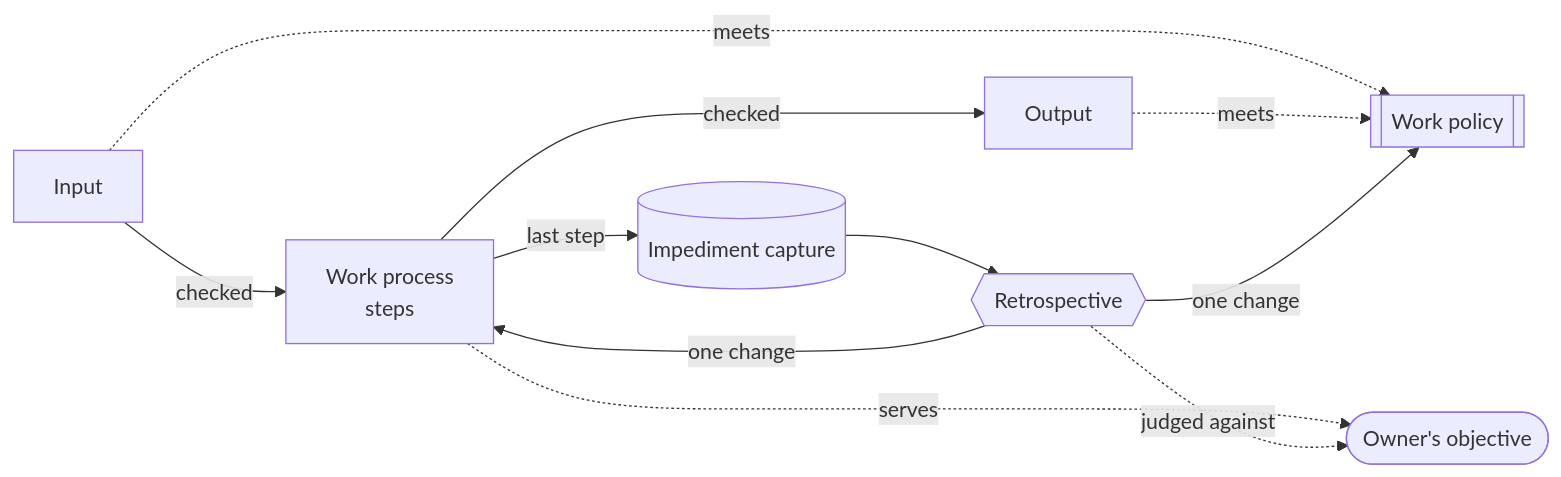
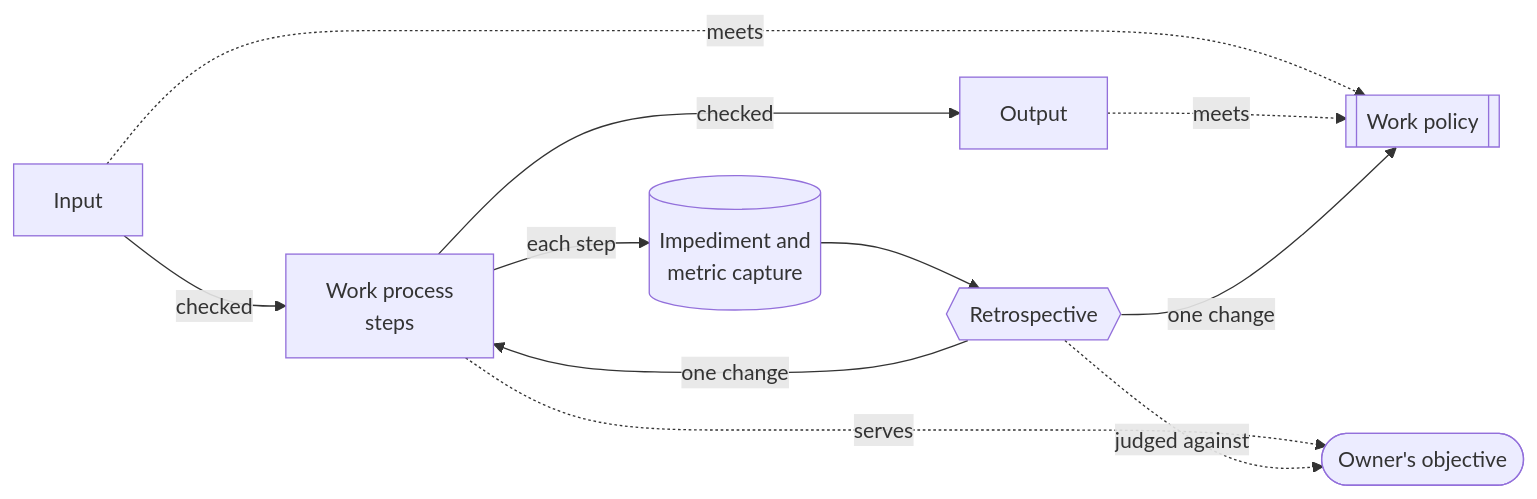
Before and after one commit to Delkrak/claude-coach: the diagram in plugins/devops-drillmaster/concept.md, drawn with Mermaid. The commit also changed other lines of this file, not shown here.

````diff
--- a/plugins/devops-drillmaster/concept.md
+++ b/plugins/devops-drillmaster/concept.md
@@ -66,20 +81,20 @@
 ```mermaid
 flowchart LR
     obj(["Owner's objective"])
     pol[["Work policy"]]
     input["Input"]
     proc["Work process<br/>steps"]
     output["Output"]
-    cap[("Impediment capture")]
+    cap[("Impediment and<br/>metric capture")]
     retro{{"Retrospective"}}
 
     input -->|checked| proc -->|checked| output
     input -. meets .-> pol
     output -. meets .-> pol
-    proc -->|last step| cap
+    proc -->|each step| cap
     cap --> retro
     retro -->|one change| proc
     retro -->|one change| pol
     proc -. serves .-> obj
     retro -. judged against .-> obj
 ```
````
